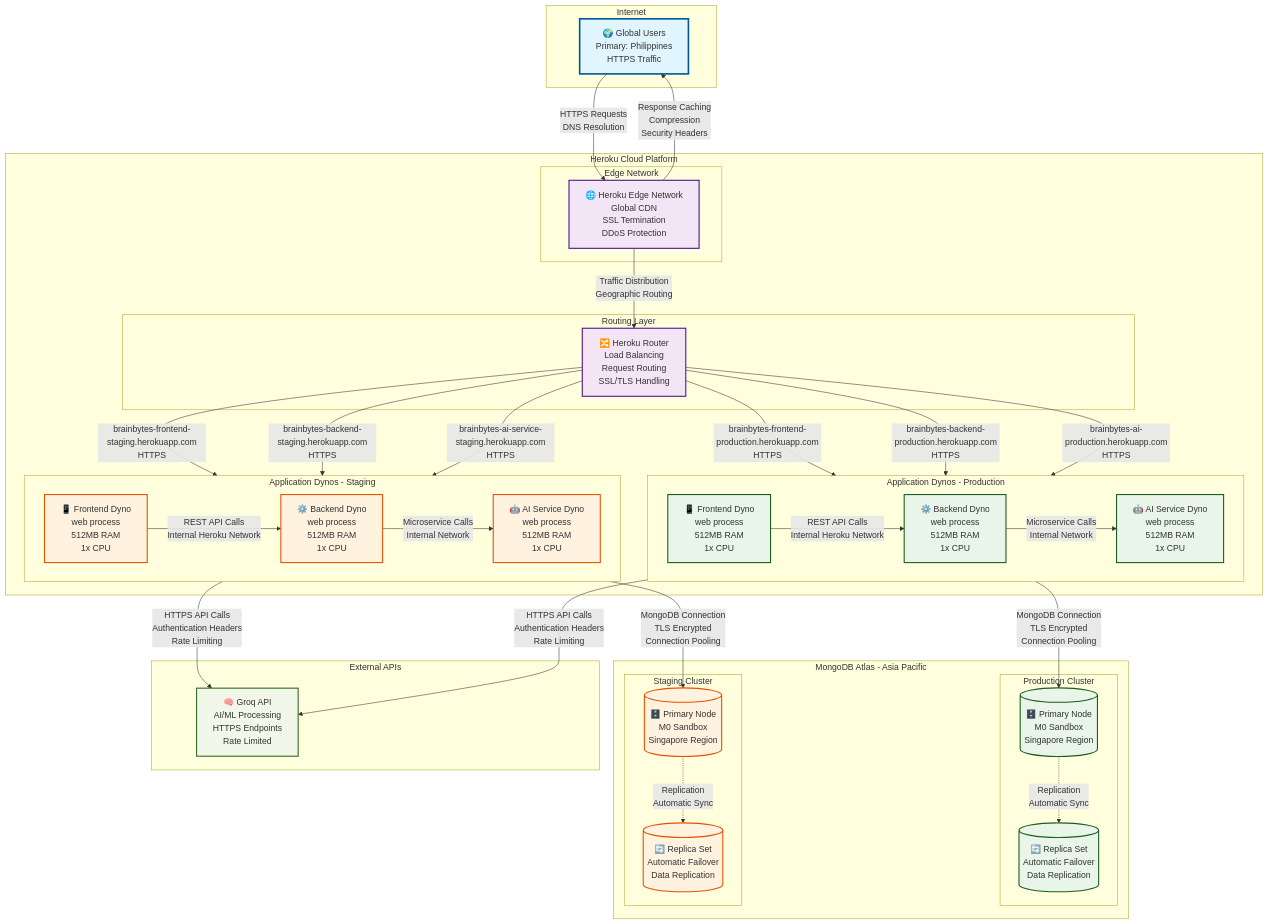
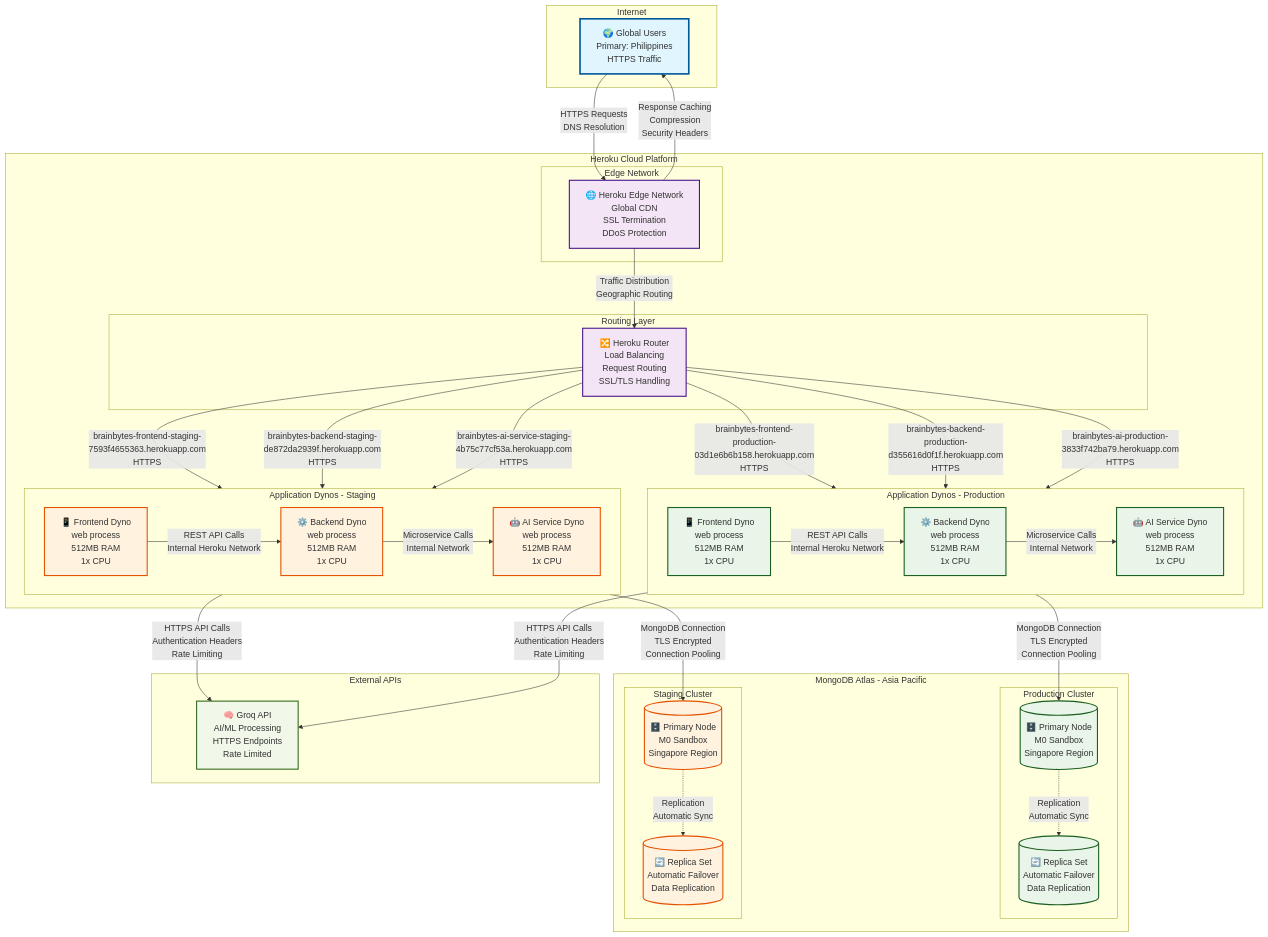
Before and after one commit to Honeegee/BrainBytesAI: the fifth of 7 diagrams in docs/screenshots/ARCHITECTURE_DIAGRAMS.md, drawn with Mermaid. The commit also changed other lines of this file and 5 other files, not shown here.

```diff
--- a/docs/screenshots/ARCHITECTURE_DIAGRAMS.md
+++ b/docs/screenshots/ARCHITECTURE_DIAGRAMS.md
@@ -294,14 +294,14 @@
     EDGE -->|Traffic Distribution<br/>Geographic Routing| ROUTER
     
     %% Production Routing
-    ROUTER -->|brainbytes-frontend-production.herokuapp.com<br/>HTTPS| P_DYNO_FE
-    ROUTER -->|brainbytes-backend-production.herokuapp.com<br/>HTTPS| P_DYNO_BE
-    ROUTER -->|brainbytes-ai-production.herokuapp.com<br/>HTTPS| P_DYNO_AI
+    ROUTER -->|brainbytes-frontend-production-03d1e6b6b158.herokuapp.com<br/>HTTPS| P_DYNO_FE
+    ROUTER -->|brainbytes-backend-production-d355616d0f1f.herokuapp.com<br/>HTTPS| P_DYNO_BE
+    ROUTER -->|brainbytes-ai-production-3833f742ba79.herokuapp.com<br/>HTTPS| P_DYNO_AI
     
     %% Staging Routing
-    ROUTER -->|brainbytes-frontend-staging.herokuapp.com<br/>HTTPS| S_DYNO_FE
-    ROUTER -->|brainbytes-backend-staging.herokuapp.com<br/>HTTPS| S_DYNO_BE
-    ROUTER -->|brainbytes-ai-service-staging.herokuapp.com<br/>HTTPS| S_DYNO_AI
+    ROUTER -->|brainbytes-frontend-staging-7593f4655363.herokuapp.com<br/>HTTPS| S_DYNO_FE
+    ROUTER -->|brainbytes-backend-staging-de872da2939f.herokuapp.com<br/>HTTPS| S_DYNO_BE
+    ROUTER -->|brainbytes-ai-service-staging-4b75c77cf53a.herokuapp.com<br/>HTTPS| S_DYNO_AI
     
     %% Production Internal Communication
     P_DYNO_FE -->|REST API Calls<br/>Internal Heroku Network| P_DYNO_BE
```
